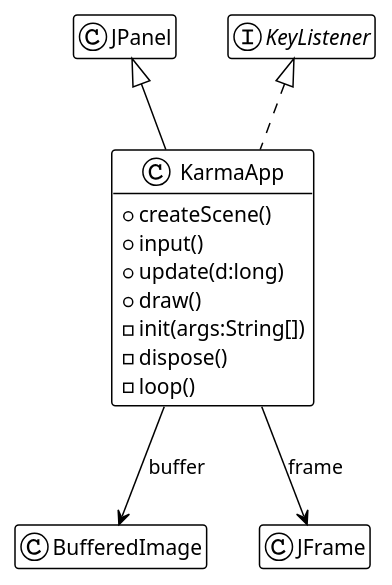
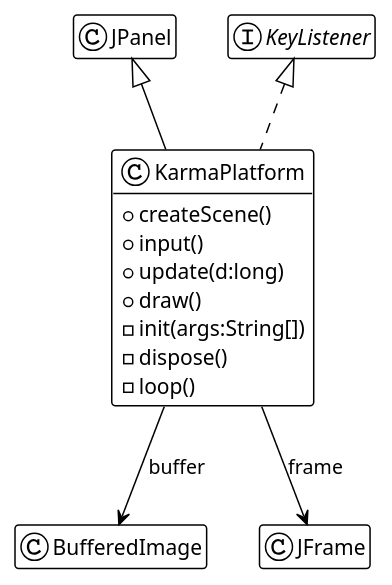
The first of 2 diagrams in src/docs/01-main_class_app.md (mcgivrer/karma), drawn with PlantUML before and after one commit. The commit also changed other lines of this file and 18 other files, not shown here.

````diff
--- a/src/docs/01-main_class_app.md
+++ b/src/docs/01-main_class_app.md
@@ -12,22 +12,22 @@
 ```plantuml
 @startuml
 !theme plain
 hide methods
 hide attributes
 
-class KarmaApp extends JPanel implements KeyListener{
+class KarmaPlatform extends JPanel implements KeyListener{
   +createScene()
   +input()
   +update(d:long)
   +draw()
   -init(args:String[])
   -dispose()
   -loop()
 }
-show KarmaApp methods 
+show KarmaPlatform methods 
 
-KarmaApp --> BufferedImage:buffer
-KarmaApp -->  JFrame:frame
+KarmaPlatform --> BufferedImage:buffer
+KarmaPlatform -->  JFrame:frame
 
 @enduml
 ```
````
